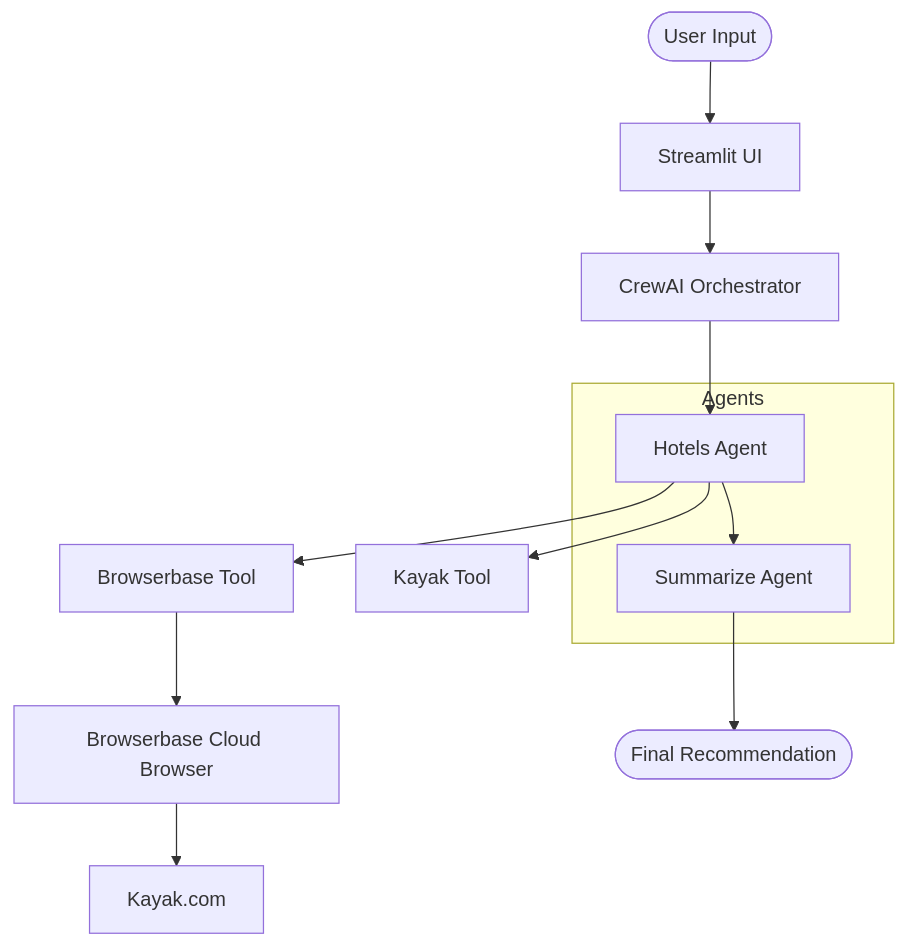
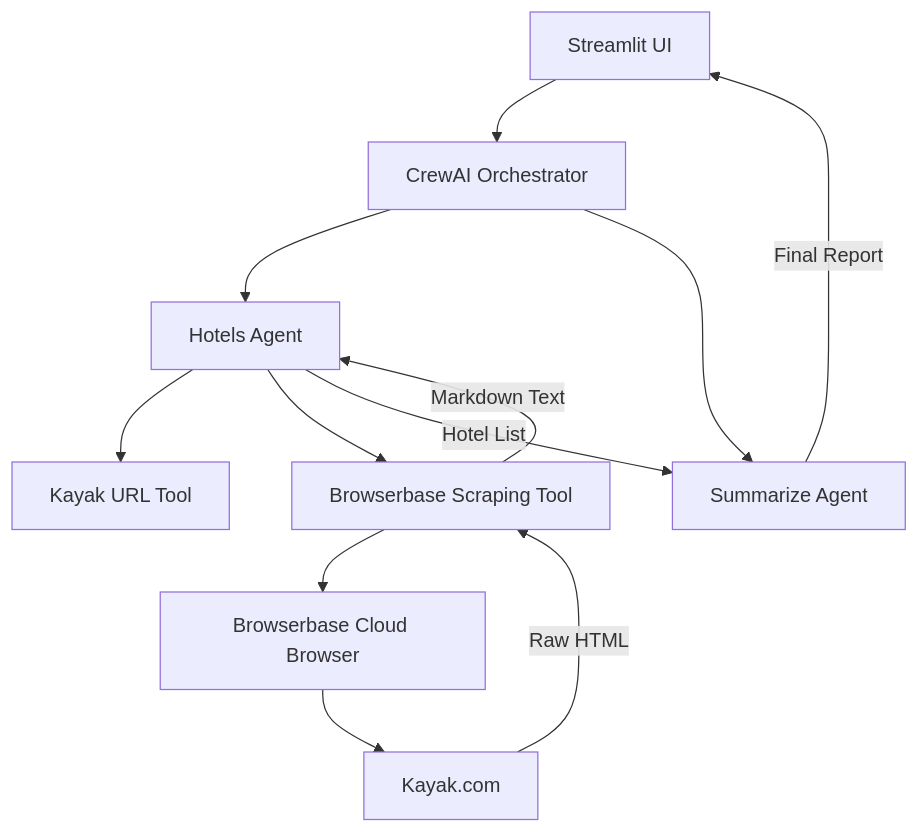
The diagram in README.md (itsA-D/NomadIQ), drawn with Mermaid before and after one commit. The commit also changed other lines of this file, not shown here.

````diff
--- a/README.md
+++ b/README.md
@@ -45,19 +131,16 @@
 ```mermaid
 graph TD
-    User([User Input]) --> UI[Streamlit UI]
-    UI --> Crew[CrewAI Orchestrator]
+    UI[Streamlit UI] --> Manager[CrewAI Orchestrator]
+    Manager --> HA[Hotels Agent]
+    Manager --> SA[Summarize Agent]
     
-    subgraph Agents
-        HA[Hotels Agent]
-        SA[Summarize Agent]
-    end
+    HA --> KT[Kayak URL Tool]
+    HA --> BT[Browserbase Scraping Tool]
+    BT --> Cloud[Browserbase Cloud Browser]
+    Cloud --> Site[Kayak.com]
     
-    Crew --> HA
-    HA --> KT[Kayak Tool]
-    HA --> BT[Browserbase Tool]
-    BT --> Cloud[Browserbase Cloud Browser]
-    Cloud --> Web[Kayak.com]
-    
-    HA --> SA
-    SA --> Output([Final Recommendation])
+    Site --Raw HTML--> BT
+    BT --Markdown Text--> HA
+    HA --Hotel List--> SA
+    SA --Final Report--> UI
 ```
````
